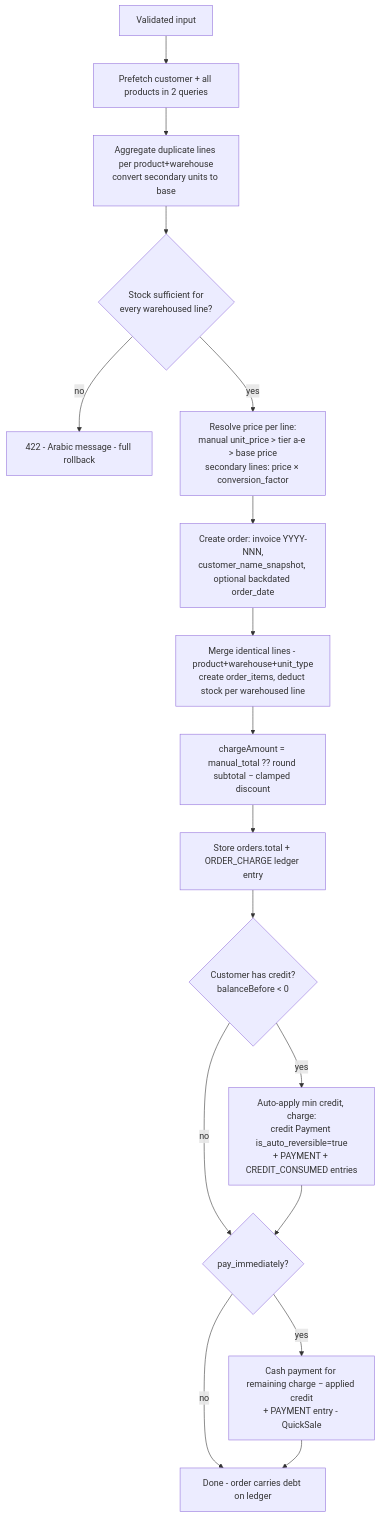
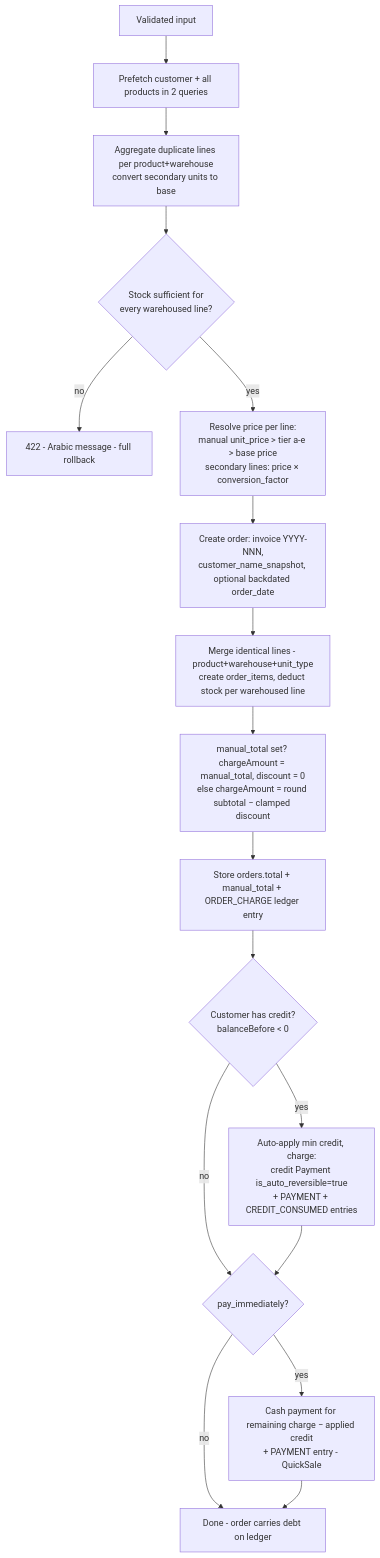
The first of 2 diagrams in docs/07-business-rules/order-lifecycle.md (AhmedNoaman602/multidukkan), drawn with Mermaid before and after one commit. The commit also changed other lines of this file and 14 other files, not shown here.

First line of the commit message:
feat(orders): store manual_total and make it exclusive with discount

````diff
--- a/docs/07-business-rules/order-lifecycle.md
+++ b/docs/07-business-rules/order-lifecycle.md
@@ -7,19 +7,19 @@
 ```mermaid
 flowchart TD
     A[Validated input] --> B[Prefetch customer + all products in 2 queries]
     B --> C[Aggregate duplicate lines per product+warehouse<br/>convert secondary units to base]
     C --> D{Stock sufficient for<br/>every warehoused line?}
     D -- no --> X[422 - Arabic message - full rollback]
     D -- yes --> E[Resolve price per line:<br/>manual unit_price > tier a-e > base price<br/>secondary lines: price × conversion_factor]
     E --> F[Create order: invoice YYYY-NNN,<br/>customer_name_snapshot, optional backdated order_date]
     F --> G[Merge identical lines - product+warehouse+unit_type<br/>create order_items, deduct stock per warehoused line]
-    G --> H[chargeAmount = manual_total ?? round subtotal − clamped discount]
-    H --> I[Store orders.total + ORDER_CHARGE ledger entry]
+    G --> H[manual_total set? chargeAmount = manual_total, discount = 0<br/>else chargeAmount = round subtotal − clamped discount]
+    H --> I[Store orders.total + manual_total + ORDER_CHARGE ledger entry]
     I --> J{Customer has credit?<br/>balanceBefore < 0}
     J -- yes --> K[Auto-apply min credit, charge:<br/>credit Payment is_auto_reversible=true<br/>+ PAYMENT + CREDIT_CONSUMED entries]
     J -- no --> L{pay_immediately?}
     K --> L
     L -- yes --> M[Cash payment for remaining charge − applied credit<br/>+ PAYMENT entry - QuickSale]
     L -- no --> N[Done - order carries debt on ledger]
     M --> N
 ```
````
